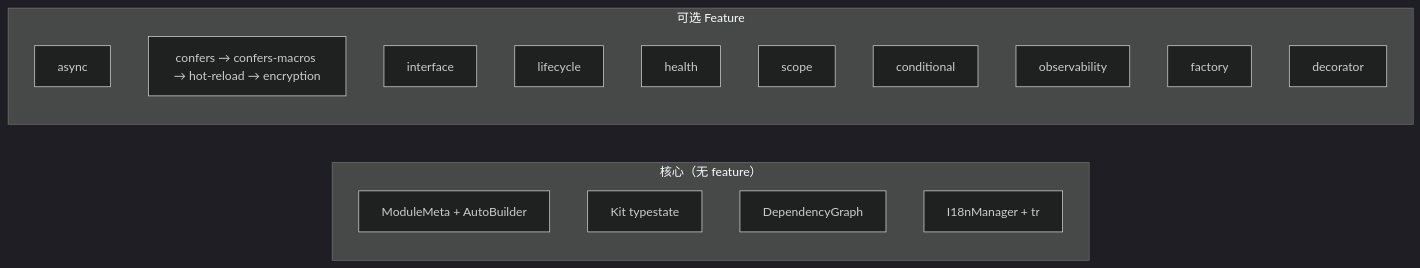
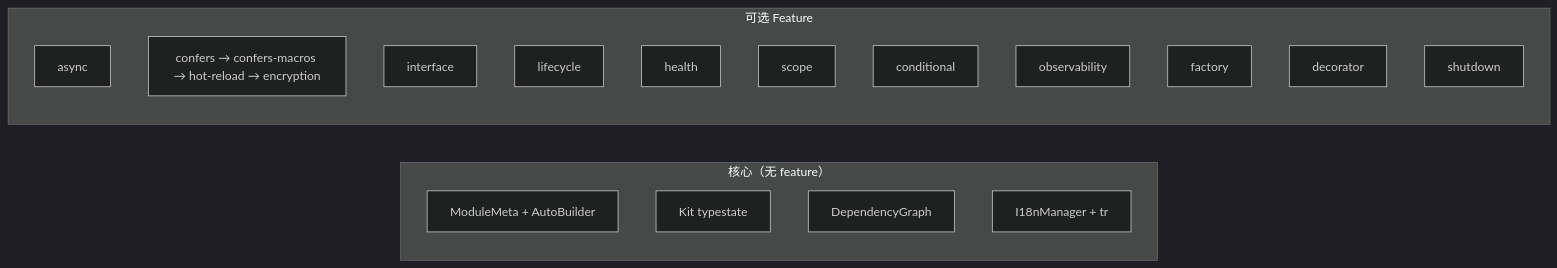
One commit to Kirky-X/trait-kit changed the second of 4 diagrams in docs/ARCHITECTURE.md. Above: the diagram before and after it, drawn with Mermaid (dark theme). The commit also changed other lines of this file and 4 other files, not shown here.

````diff
--- a/docs/ARCHITECTURE.md
+++ b/docs/ARCHITECTURE.md
@@ -104,22 +104,23 @@
 ```mermaid
 graph LR
     subgraph 核心["核心（无 feature）"]
         C1[ModuleMeta + AutoBuilder]
         C2[Kit typestate]
         C3[DependencyGraph]
         C4[I18nManager + tr]
     end
 
     subgraph 可选["可选 Feature"]
         F1[async]
         F2[confers → confers-macros → hot-reload → encryption]
         F3[interface]
         F4[lifecycle]
         F5[health]
         F6[scope]
         F7[conditional]
         F8[observability]
         F9[factory]
         F10[decorator]
+        F11[shutdown]
     end
 ```
````
